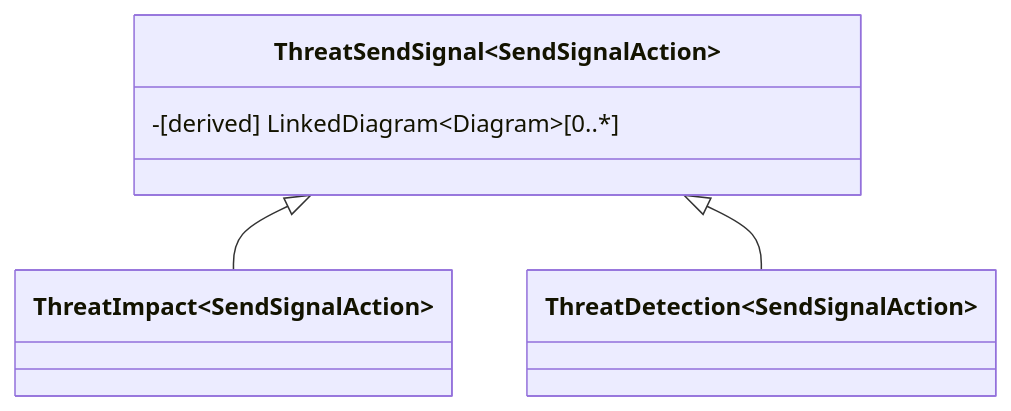
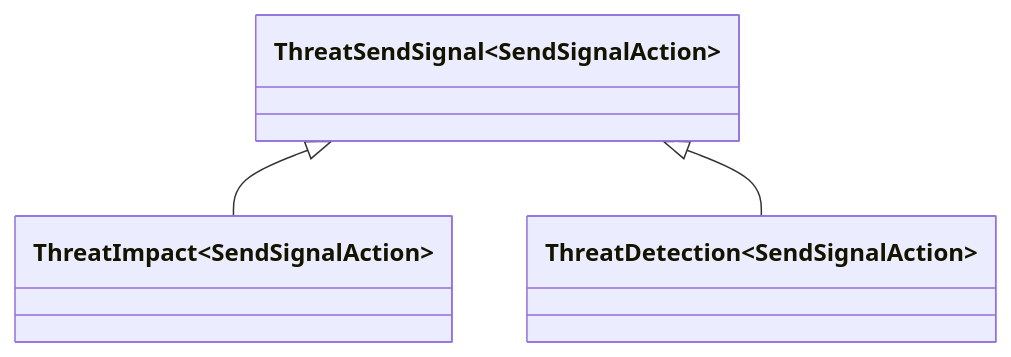
One commit to stuartfowler/CEMT changed diagram 17 of 47 in Documentation/stereotypes.md. Above: the diagram before and after it, drawn with Mermaid. The commit also changed other lines of this file and 24 other files, not shown here.

````diff
--- a/Documentation/stereotypes.md
+++ b/Documentation/stereotypes.md
@@ -226,8 +243,6 @@
 ```mermaid
     classDiagram
-        class ThreatSendSignal~SendSignalAction~ {      
-            -[derived] LinkedDiagram~Diagram~[0..*]
-        }
+        class ThreatSendSignal~SendSignalAction~
         ThreatSendSignal~SendSignalAction~ <|-- ThreatImpact~SendSignalAction~
         ThreatSendSignal <|-- ThreatDetection~SendSignalAction~
 ```
````
